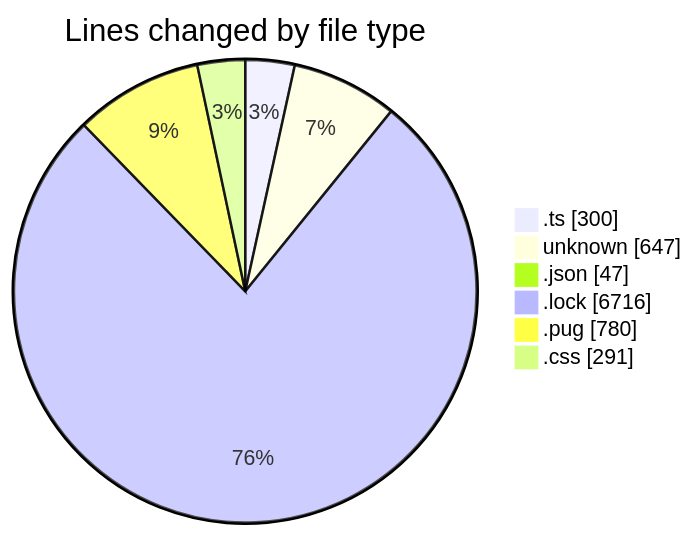
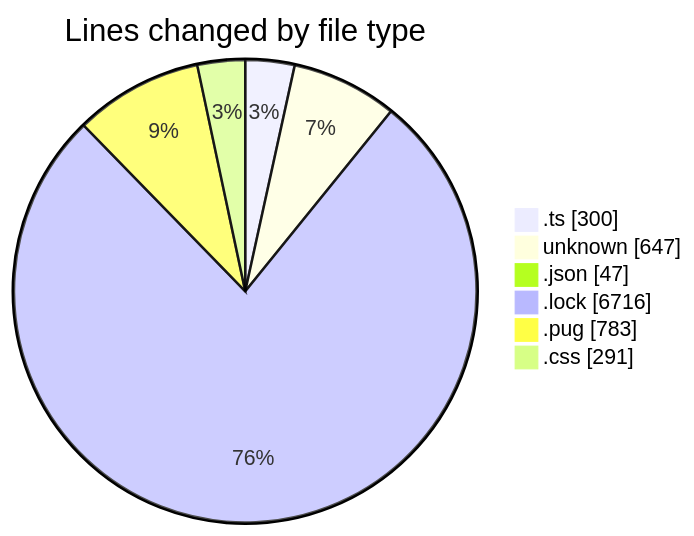
Before and after one commit to momahboobian/code-tracking: the first of 2 diagrams in 2026-05-22/cda/README.md, drawn with Mermaid. The commit also changed other lines of this file and 1 other file, not shown here.

````diff
--- a/2026-05-22/cda/README.md
+++ b/2026-05-22/cda/README.md
@@ -30,10 +30,10 @@
 ```mermaid
 pie showData
 title Lines changed by file type
 ".ts" : 300
 "unknown" : 647
 ".json" : 47
 ".lock" : 6716
-".pug" : 780
+".pug" : 783
 ".css" : 291
 ```
````
